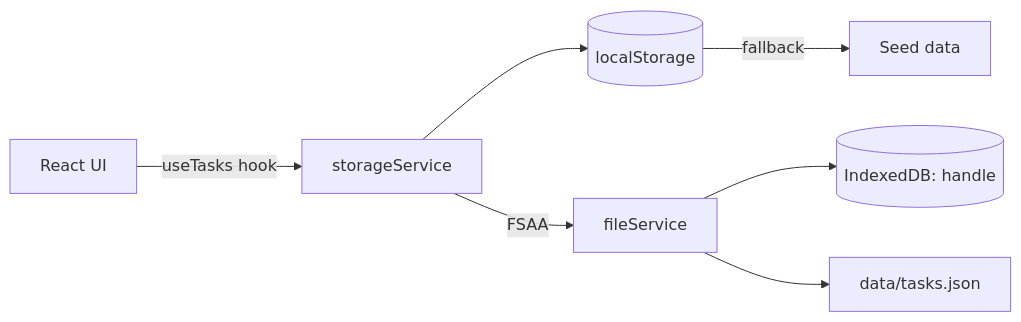
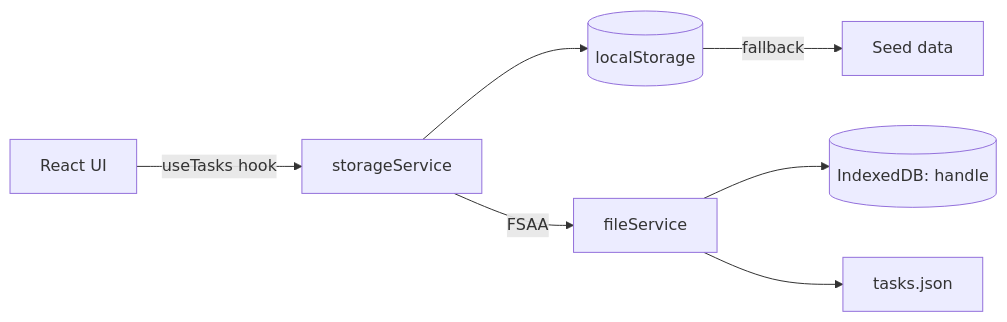
The diagram in README.md (flloisee/flloisee-task-tracker), drawn with Mermaid before and after one commit. The commit also changed other lines of this file and 37 other files, not shown here.

````diff
--- a/README.md
+++ b/README.md
@@ -106,9 +106,9 @@
 ```mermaid
 flowchart LR
     UI[React UI] -->|useTasks hook| store[storageService]
     store --> ls[(localStorage)]
     store -->|FSAA| fs[fileService]
     fs --> db[(IndexedDB: handle)]
-    fs --> disk[data/tasks.json]
+    fs --> disk[tasks.json]
     ls -->|fallback| seed[Seed data]
 ```
````
